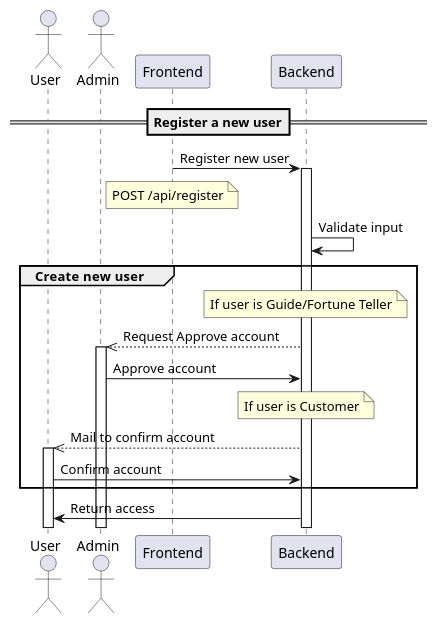
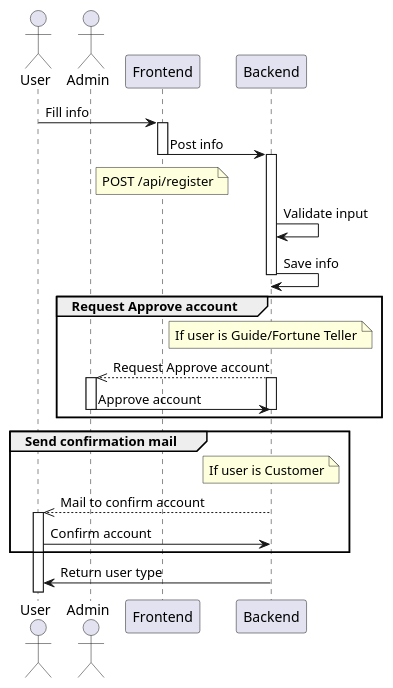
Before and after one commit to Nxwbtk/SA-Diagram: the first of 7 diagrams in Sequence-diagram.plantuml, drawn with PlantUML. The commit also changed other lines of this file and 2 other files, not shown here.

```diff
--- a/Sequence-diagram.plantuml
+++ b/Sequence-diagram.plantuml
@@ -2,22 +2,31 @@
 @startuml
-==Register a new user==
 actor User
 actor Admin
 participant "Frontend" as FE
 participant "Backend" as BE
-FE -> BE: Register new user
+User -> FE: Fill info
+activate FE
+FE -> BE: Post info
+deactivate FE
 note over FE: POST /api/register
 activate BE
 BE -> BE: Validate input
-group Create  new user
+BE -> BE: Save info
+deactivate BE
+group Request Approve account
 	note over BE: If user is Guide/Fortune Teller
 	BE -->> Admin: Request Approve account
+	activate BE
 	activate Admin
 	Admin -> BE: Approve account
+	deactivate BE
+	deactivate Admin
+end
+group Send confirmation mail
 	note over BE : If user is Customer
 	BE -->> User: Mail to confirm account
 	activate User
 	User -> BE: Confirm account
 end
-BE -> User: Return access
+BE -> User: Return user type
 @enduml
```
